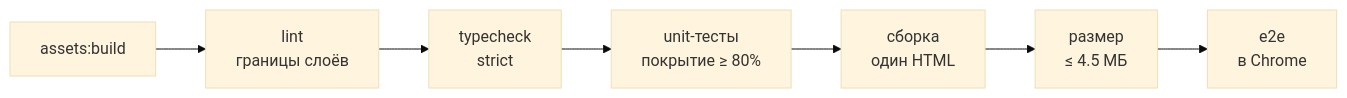
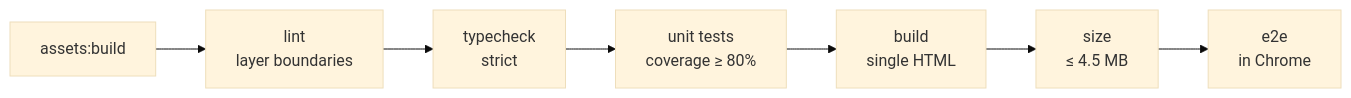
Before and after one commit to sburdenko/bub-playables-pixi: the sixth of 6 diagrams in README.md, drawn with Mermaid (base theme). The commit also changed other lines of this file, not shown here.

````diff
--- a/README.md
+++ b/README.md
@@ -221,4 +221,4 @@
 ```mermaid
 flowchart LR
-    a[assets:build] --> b[lint<br/>границы слоёв] --> c[typecheck<br/>strict] --> d[unit-тесты<br/>покрытие ≥ 80%] --> e[сборка<br/>один HTML] --> f[размер<br/>≤ 4.5 МБ] --> g[e2e<br/>в Chrome]
+    a[assets:build] --> b[lint<br/>layer boundaries] --> c[typecheck<br/>strict] --> d[unit tests<br/>coverage ≥ 80%] --> e[build<br/>single HTML] --> f[size<br/>≤ 4.5 MB] --> g[e2e<br/>in Chrome]
 ```
````
